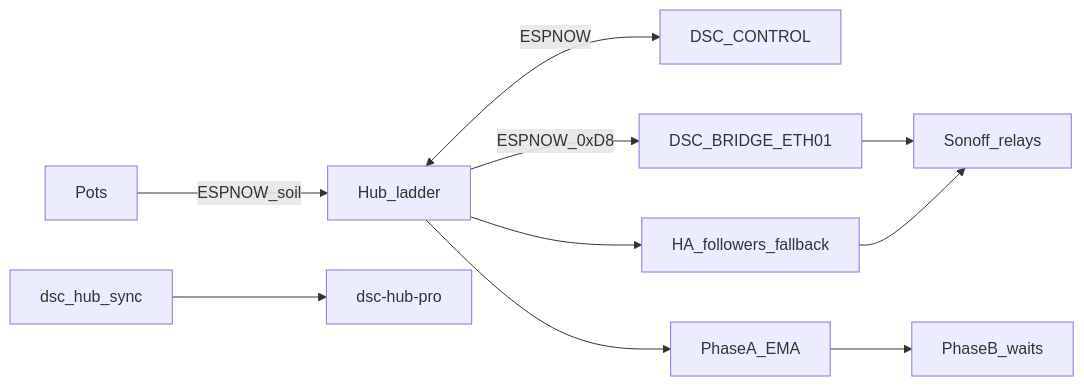
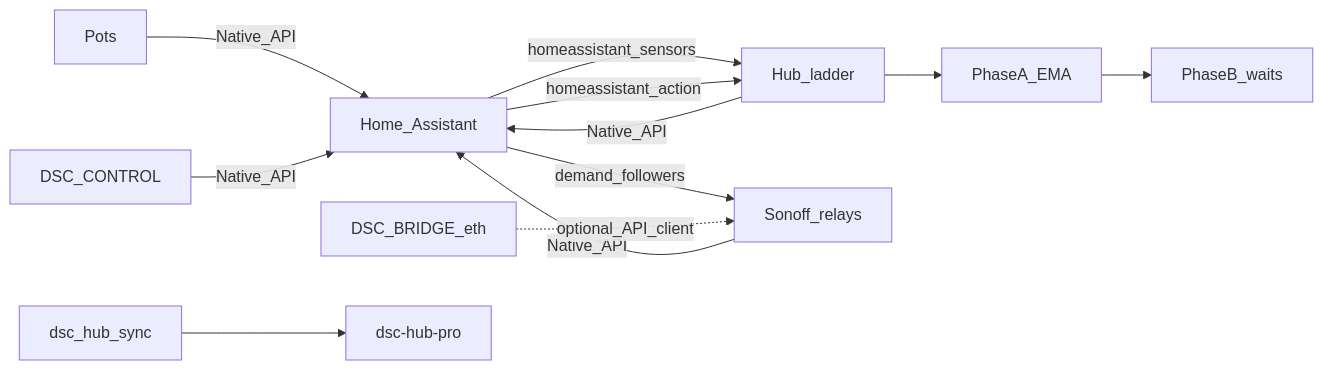
Before and after one commit to weddas/DSC-HUB: the diagram in README.md, drawn with Mermaid. The commit also changed other lines of this file and 38 other files, not shown here.

````diff
--- a/README.md
+++ b/README.md
@@ -31,11 +33,13 @@
 ```mermaid
 flowchart LR
-  Hub[Hub_ladder] <-->|ESPNOW| Panel[DSC_CONTROL]
-  Pots[Pots] -->|ESPNOW_soil| Hub
-  Hub -->|ESPNOW_0xD8| Bridge[DSC_BRIDGE_ETH01]
-  Bridge --> Sonoffs[Sonoff_relays]
-  Hub --> Followers[HA_followers_fallback]
-  Followers --> Sonoffs
+  Pots[Pots] -->|Native_API| HA[Home_Assistant]
+  Panel[DSC_CONTROL] -->|Native_API| HA
+  Hub[Hub_ladder] -->|Native_API| HA
+  Sonoffs[Sonoff_relays] -->|Native_API| HA
+  HA -->|homeassistant_sensors| Hub
+  HA -->|homeassistant_action| Hub
+  HA -->|demand_followers| Sonoffs
+  Bridge[DSC_BRIDGE_eth] -.->|optional_API_client| Sonoffs
   Hub --> LearnA[PhaseA_EMA] --> LearnB[PhaseB_waits]
   Sync[dsc_hub_sync] --> Pro[dsc-hub-pro]
 ```
````
